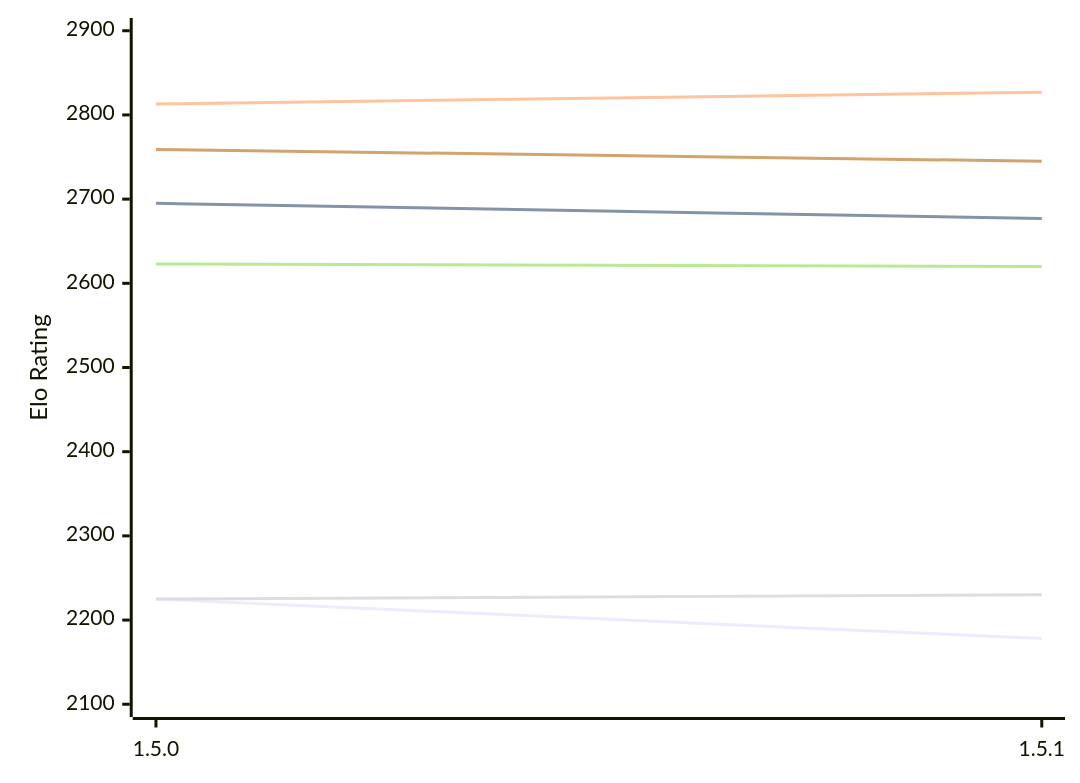
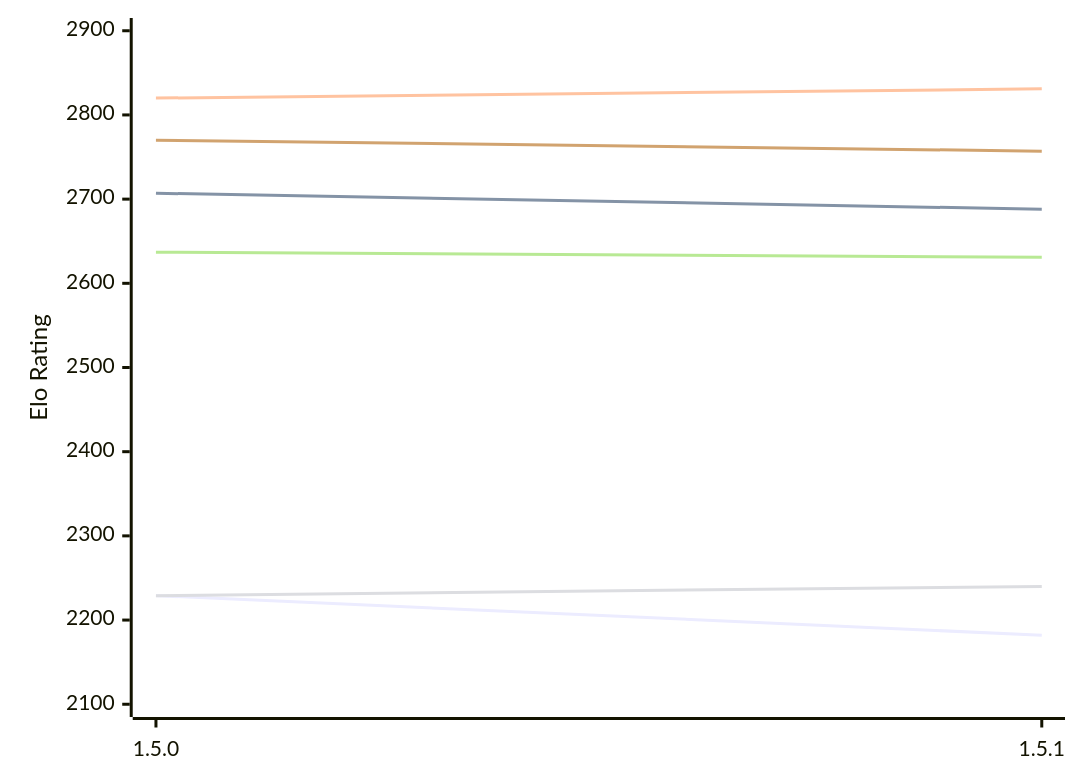
One commit to computer-chess-index/cci changed the first of 2 diagrams in engines/Coco.md. Above: the diagram before and after it, drawn with Mermaid. The commit also changed other lines of this file, not shown here.

Commit message:
Update CCI Ratings (ELO VLTC) - 2026-11-16

````diff
--- a/engines/Coco.md
+++ b/engines/Coco.md
@@ -50,12 +50,12 @@
 ```mermaid
 %%{init: {"theme":"base","themeVariables":{"seriesColors:['#a3a3a3','#222221','#faa371']}}}%%
 xychart-beta
   x-axis ["1.5.0", "1.5.1"]
   y-axis "Elo Rating" 2100 --> 2900
-  line "E1: STC (8.0+0.08s)" [2225, 2178]
-  line "E1: LTC (60.0+0.60s)" [2695, 2677]
-  line "E1: VLTC (2m24s+1.12s)" [2813, 2827]
-  line "P1: STC (8.0+0.08s)" [2225, 2230]
-  line "P1: LTC (60.0+0.60s)" [2623, 2620]
-  line "P1: VLTC (2m24s+1.12s)" [2759, 2745]
+  line "E1: STC (8.0+0.08s)" [2229, 2182]
+  line "E1: LTC (60.0+0.60s)" [2707, 2688]
+  line "E1: VLTC (2m24s+1.12s)" [2820, 2831]
+  line "P1: STC (8.0+0.08s)" [2229, 2240]
+  line "P1: LTC (60.0+0.60s)" [2637, 2631]
+  line "P1: VLTC (2m24s+1.12s)" [2770, 2757]
 ```
````
